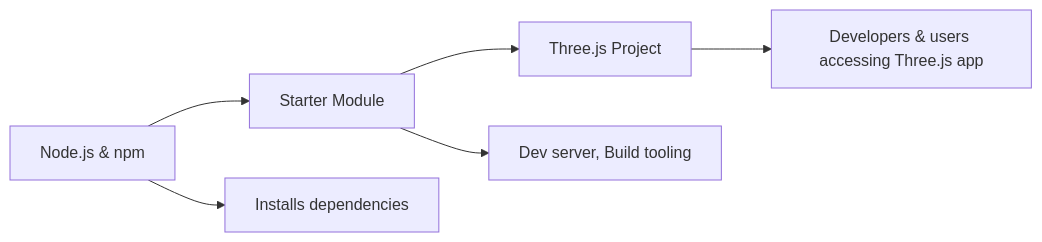
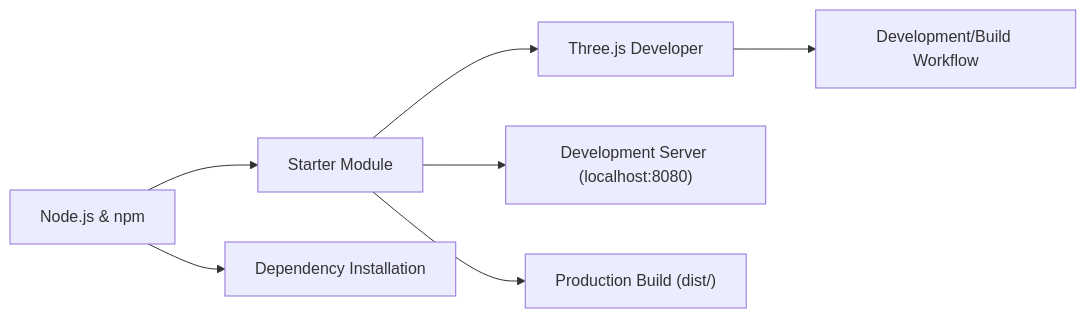
The diagram in .shelfya/starter/faq.md (NicoooM/three-js-test), drawn with Mermaid before and after one commit. The commit also changed other lines of this file and 12 other files, not shown here.

````diff
--- a/.shelfya/starter/faq.md
+++ b/.shelfya/starter/faq.md
@@ -39,7 +35,8 @@
 ```mermaid
 flowchart LR
-  dependencies["Node.js & npm"] --> thisModule["Starter Module"] --> usedBy["Three.js Project"]
-  dependencies --> details["Installs dependencies"]
-  thisModule --> process["Dev server, Build tooling"] 
-  usedBy --> consumers["Developers & users accessing Three.js app"]
+  nodejs["Node.js & npm"] --> starterModule["Starter Module"] --> developer["Three.js Developer"]
+  nodejs --> dependenciesInstall["Dependency Installation"]
+  starterModule --> devServer["Development Server (localhost:8080)"] 
+  starterModule --> prodBuild["Production Build (dist/)"] 
+  developer --> usageWorkflow["Development/Build Workflow"]
 ```
````
